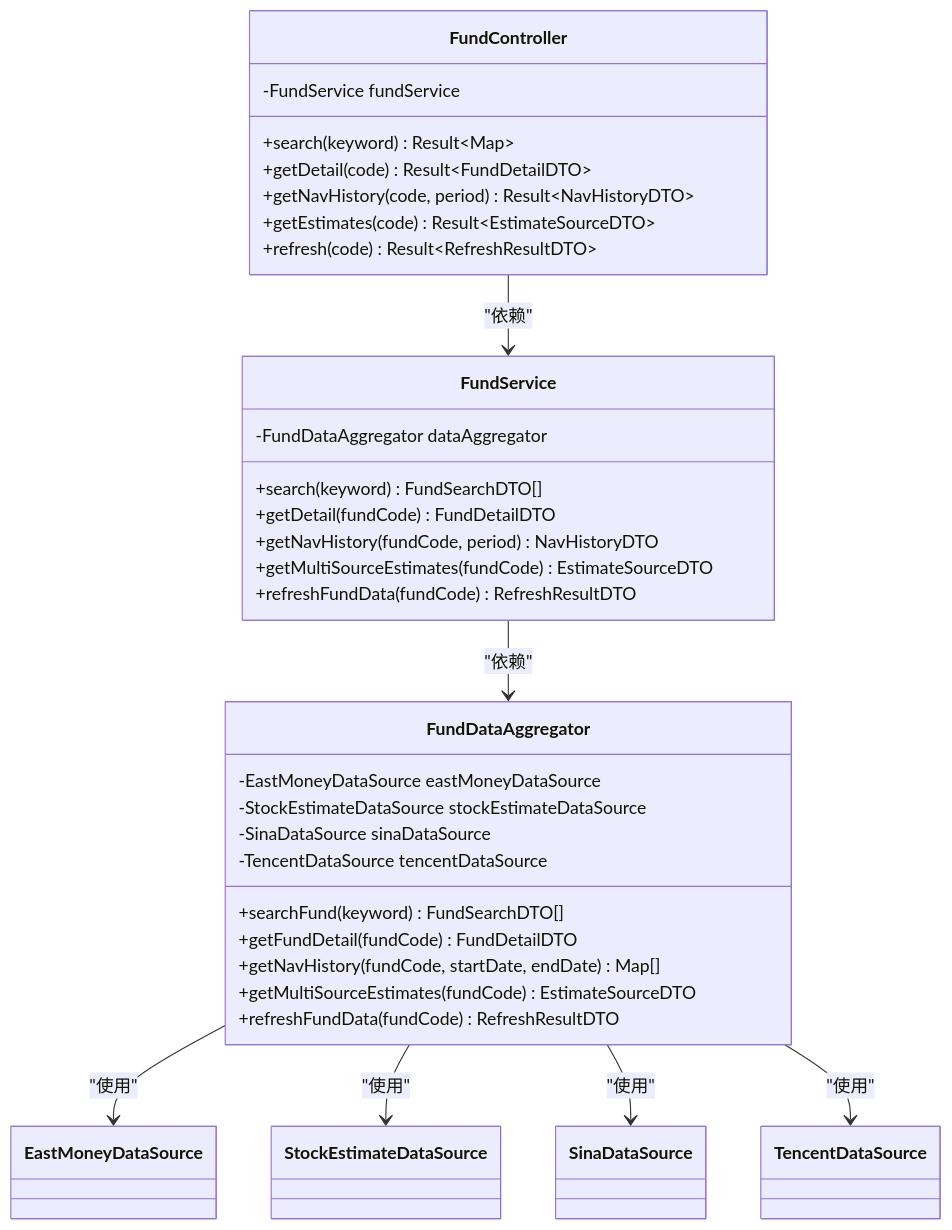
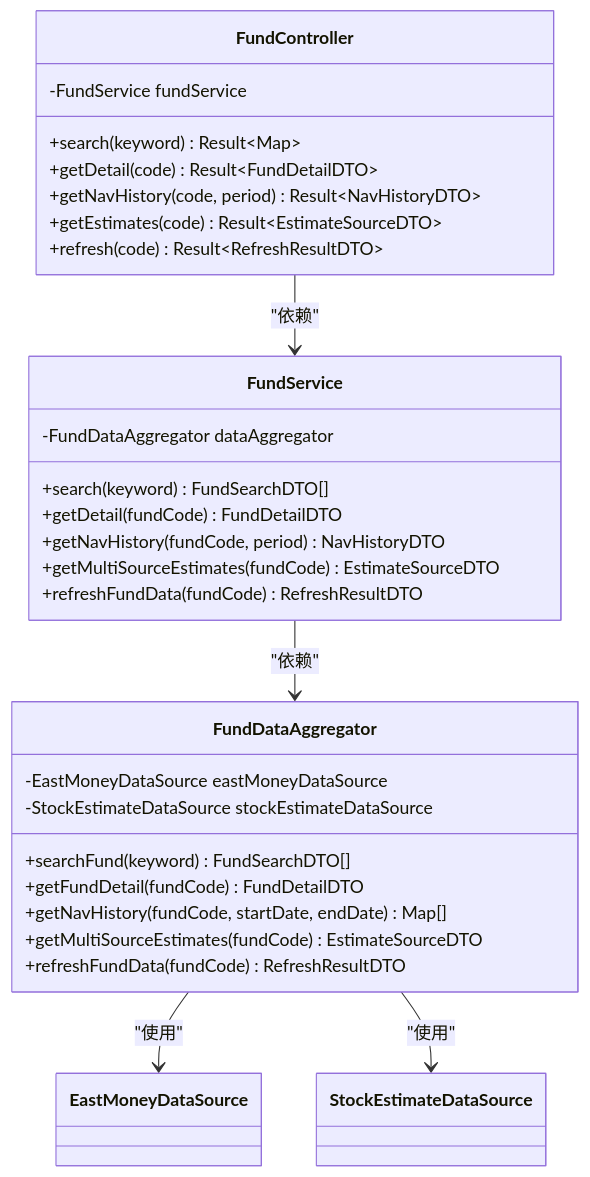
One commit to gree-coder/fund-butler changed the second of 19 diagrams in .qoder/repowiki/zh/content/核心功能开发/FundController增强.md. Above: the diagram before and after it, drawn with Mermaid. The commit also changed other lines of this file and 21 other files, not shown here.

````diff
--- a/.qoder/repowiki/zh/content/核心功能开发/FundController增强.md
+++ b/.qoder/repowiki/zh/content/核心功能开发/FundController增强.md
@@ -101,36 +98,32 @@
 ```mermaid
 classDiagram
 class FundController {
 -FundService fundService
 +search(keyword) Result~Map~
 +getDetail(code) Result~FundDetailDTO~
 +getNavHistory(code, period) Result~NavHistoryDTO~
 +getEstimates(code) Result~EstimateSourceDTO~
 +refresh(code) Result~RefreshResultDTO~
 }
 class FundService {
 -FundDataAggregator dataAggregator
 +search(keyword) FundSearchDTO[]
 +getDetail(fundCode) FundDetailDTO
 +getNavHistory(fundCode, period) NavHistoryDTO
 +getMultiSourceEstimates(fundCode) EstimateSourceDTO
 +refreshFundData(fundCode) RefreshResultDTO
 }
 class FundDataAggregator {
 -EastMoneyDataSource eastMoneyDataSource
 -StockEstimateDataSource stockEstimateDataSource
--SinaDataSource sinaDataSource
--TencentDataSource tencentDataSource
 +searchFund(keyword) FundSearchDTO[]
 +getFundDetail(fundCode) FundDetailDTO
 +getNavHistory(fundCode, startDate, endDate) Map[]
 +getMultiSourceEstimates(fundCode) EstimateSourceDTO
 +refreshFundData(fundCode) RefreshResultDTO
 }
 FundController --> FundService : "依赖"
 FundService --> FundDataAggregator : "依赖"
 FundDataAggregator --> EastMoneyDataSource : "使用"
 FundDataAggregator --> StockEstimateDataSource : "使用"
-FundDataAggregator --> SinaDataSource : "使用"
-FundDataAggregator --> TencentDataSource : "使用"
 ```
````
